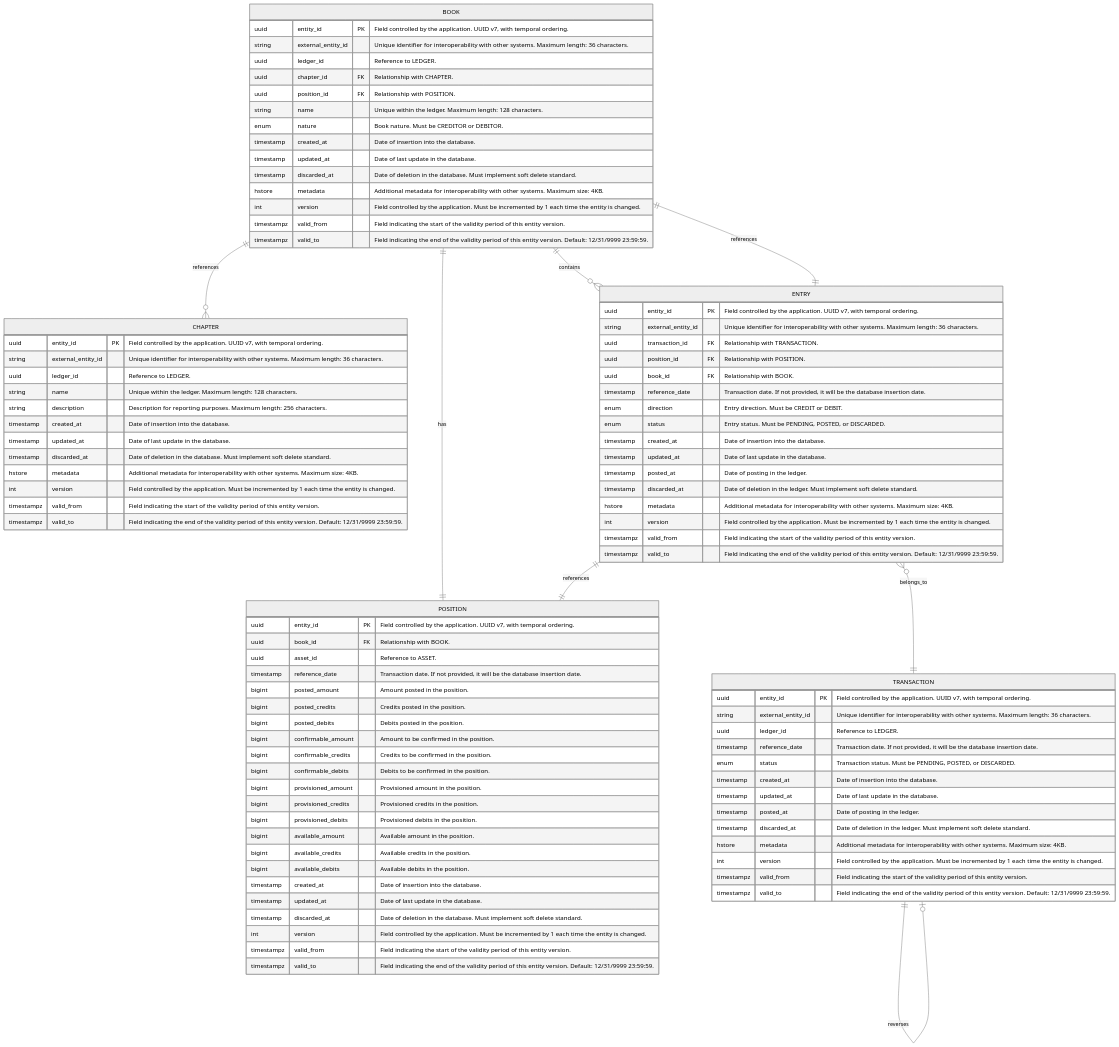
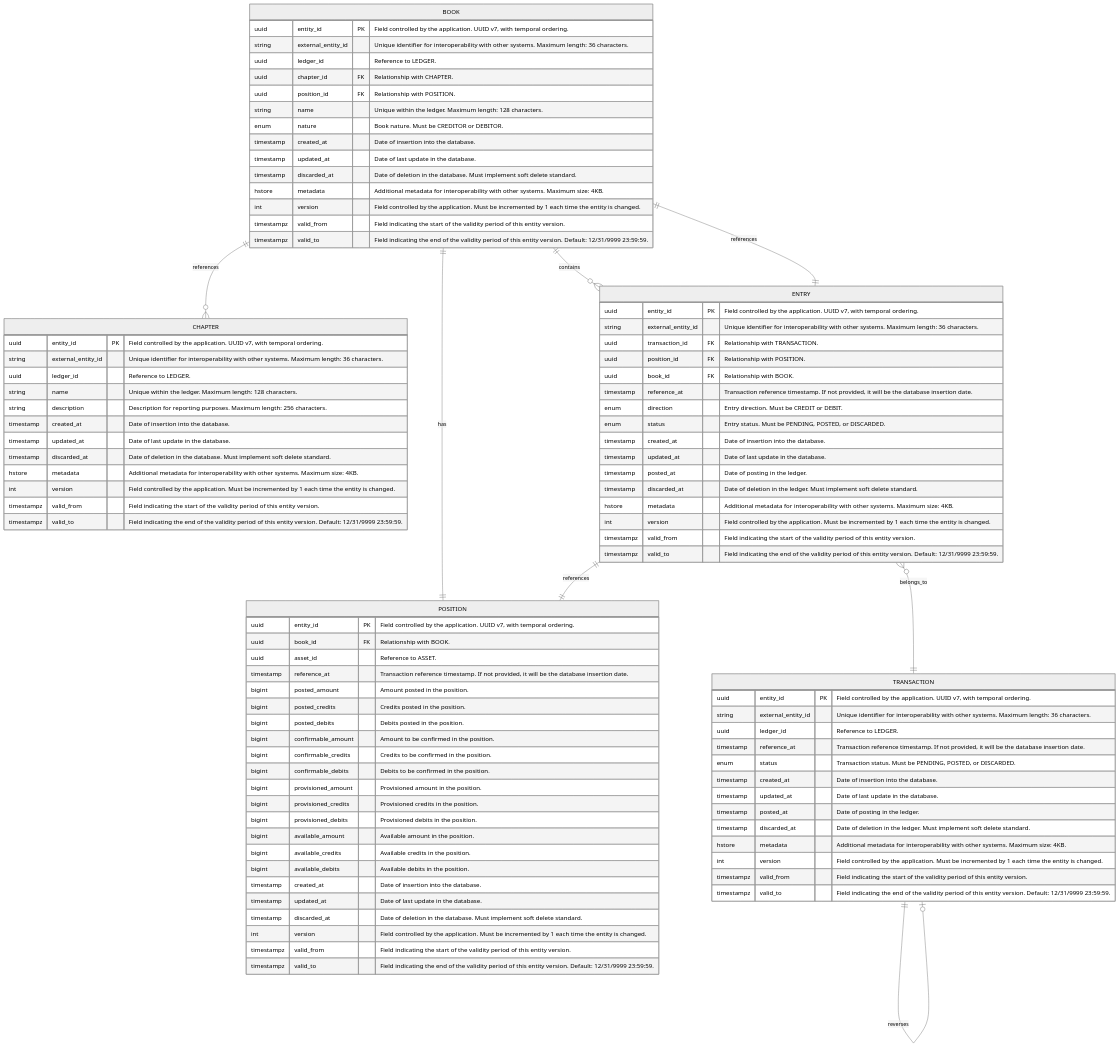
Before and after one commit to guardiafinance/.github: the second of 3 diagrams in i18n/en/docusaurus-plugin-content-docs/current/modules/lke/models/entity-relationship-diagram.md, drawn with Mermaid. The commit also changed other lines of this file and 28 other files, not shown here.

```diff
--- a/i18n/en/docusaurus-plugin-content-docs/current/modules/lke/models/entity-relationship-diagram.md
+++ b/i18n/en/docusaurus-plugin-content-docs/current/modules/lke/models/entity-relationship-diagram.md
@@ -160,7 +160,7 @@
         uuid entity_id PK "Field controlled by the application. UUID v7, with temporal ordering."
         uuid book_id FK "Relationship with BOOK."
         uuid asset_id "Reference to ASSET."
-        timestamp reference_date "Transaction date. If not provided, it will be the database insertion date."
+        timestamp reference_at "Transaction reference timestamp. If not provided, it will be the database insertion date."
         bigint posted_amount "Amount posted in the position."
         bigint posted_credits "Credits posted in the position."
         bigint posted_debits "Debits posted in the position."
@@ -190,7 +190,7 @@
         uuid transaction_id FK "Relationship with TRANSACTION."
         uuid position_id FK "Relationship with POSITION."
         uuid book_id FK "Relationship with BOOK."
-        timestamp reference_date "Transaction date. If not provided, it will be the database insertion date."
+        timestamp reference_at "Transaction reference timestamp. If not provided, it will be the database insertion date."
         enum direction "Entry direction. Must be CREDIT or DEBIT."
         enum status "Entry status. Must be PENDING, POSTED, or DISCARDED."
         timestamp created_at "Date of insertion into the database."
@@ -208,7 +208,7 @@
         uuid entity_id PK "Field controlled by the application. UUID v7, with temporal ordering."
         string external_entity_id "Unique identifier for interoperability with other systems. Maximum length: 36 characters."
         uuid ledger_id "Reference to LEDGER."
-        timestamp reference_date "Transaction date. If not provided, it will be the database insertion date."
+        timestamp reference_at "Transaction reference timestamp. If not provided, it will be the database insertion date."
         enum status "Transaction status. Must be PENDING, POSTED, or DISCARDED."
         timestamp created_at "Date of insertion into the database."
         timestamp updated_at "Date of last update in the database."
```
